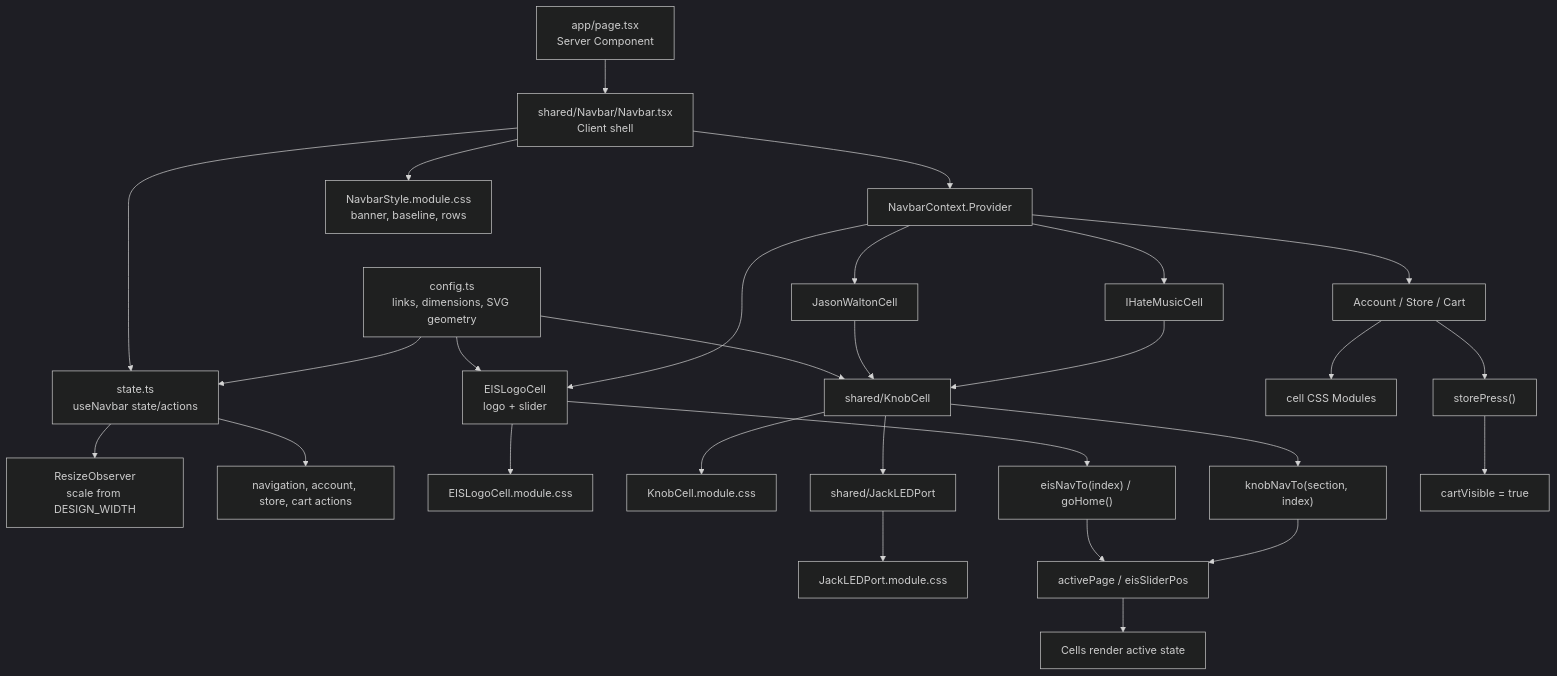
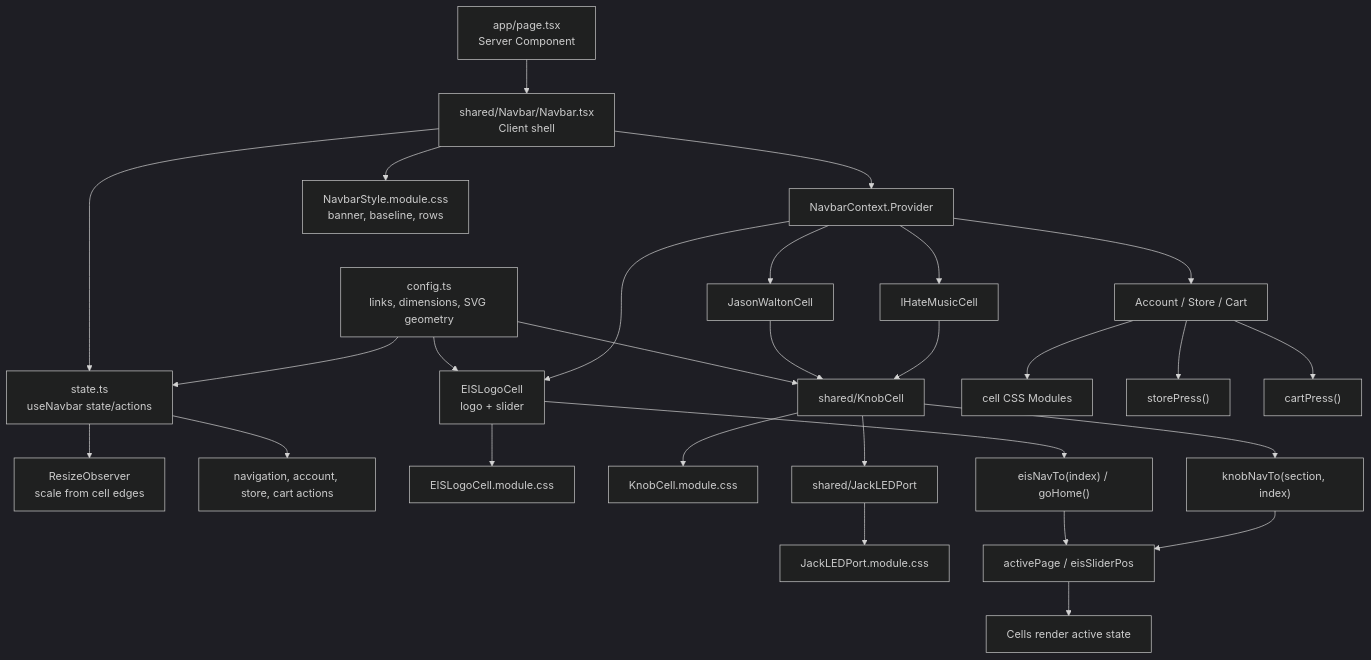
The diagram in PROJECT_ARCHITECTURE.md (bucketb0t/Earth_In_Sound), drawn with Mermaid (dark theme) before and after one commit. The commit also changed other lines of this file and 12 other files, not shown here.

Commit message:
cart cell with the button and display is done

````diff
--- a/PROJECT_ARCHITECTURE.md
+++ b/PROJECT_ARCHITECTURE.md
@@ -154,34 +155,34 @@
 ```mermaid
 flowchart TD
   Page["app/page.tsx<br/>Server Component"] --> Navbar["shared/Navbar/Navbar.tsx<br/>Client shell"]
   Navbar --> Provider["NavbarContext.Provider"]
   Navbar --> ShellCSS["NavbarStyle.module.css<br/>banner, baseline, rows"]
   Navbar --> State["state.ts<br/>useNavbar state/actions"]
-  State --> Measure["ResizeObserver<br/>scale from DESIGN_WIDTH"]
+  State --> Measure["ResizeObserver<br/>scale from cell edges"]
   State --> Actions["navigation, account, store, cart actions"]
   Config["config.ts<br/>links, dimensions, SVG geometry"] --> State
   Config --> EIS
   Config --> Knob
 
   Provider --> EIS["EISLogoCell<br/>logo + slider"]
   Provider --> JW["JasonWaltonCell"]
   Provider --> IHM["IHateMusicCell"]
   Provider --> Utility["Account / Store / Cart"]
 
   EIS --> EISCSS["EISLogoCell.module.css"]
   JW --> Knob["shared/KnobCell"]
   IHM --> Knob
   Knob --> KnobCSS["KnobCell.module.css"]
   Knob --> Jack["shared/JackLEDPort"]
   Jack --> JackCSS["JackLEDPort.module.css"]
   Utility --> UtilityCSS["cell CSS Modules"]
 
   EIS --> EISNav["eisNavTo(index) / goHome()"]
   Knob --> KnobNav["knobNavTo(section, index)"]
   Utility --> Store["storePress()"]
-  Store --> RevealCart["cartVisible = true"]
+  Utility --> Cart["cartPress()"]
 
   EISNav --> Active["activePage / eisSliderPos"]
   KnobNav --> Active
   Active --> Render["Cells render active state"]
 ```
````
